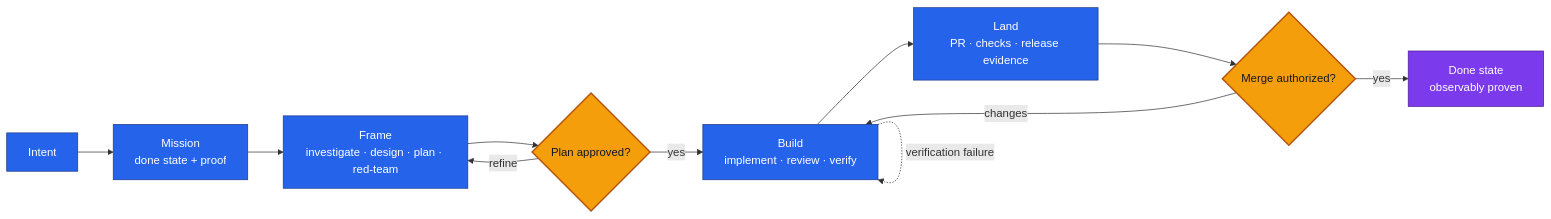
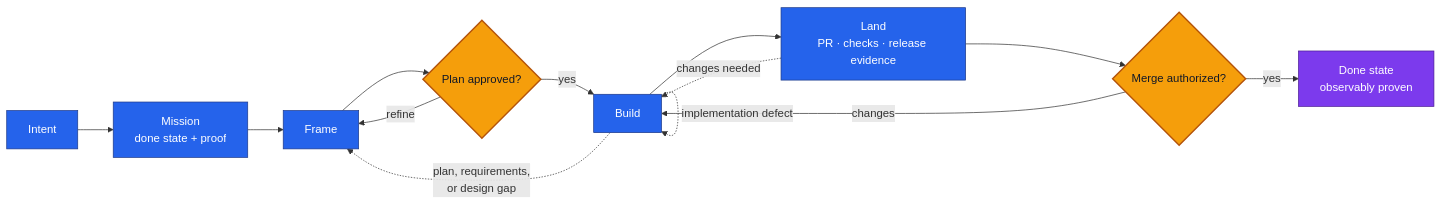
The first of 2 diagrams in README.md (thrrive/nightshift-aidlc), drawn with Mermaid before and after one commit. The commit also changed other lines of this file, not shown here.

````diff
--- a/README.md
+++ b/README.md
@@ -21,19 +36,22 @@
 ```mermaid
 flowchart LR
-    I["Intent"] --> M["Mission<br/>done state + proof"] --> F["Frame<br/>investigate · design · plan · red-team"]
+    I["Intent"] --> M["Mission<br/>done state + proof"]
+    M --> F["Frame"]
     F --> PG{"Plan approved?"}
     PG -- "refine" --> F
-    PG -- "yes" --> B["Build<br/>implement · review · verify"]
+    PG -- "yes" --> B["Build"]
     B --> L["Land<br/>PR · checks · release evidence"]
+    B -.->|plan, requirements,<br/>or design gap| F
+    B -.->|implementation defect| B
     L --> MG{"Merge authorized?"}
+    L -.->|changes needed| B
     MG -- "changes" --> B
     MG -- "yes" --> D["Done state<br/>observably proven"]
-    B -.->|verification failure| B
 
     classDef human fill:#f59e0b,color:#111827,stroke:#b45309,stroke-width:2px
     classDef work fill:#2563eb,color:#ffffff,stroke:#1e3a8a
     classDef proof fill:#7c3aed,color:#ffffff,stroke:#4c1d95
     class PG,MG human
     class I,M,F,B,L work
     class D proof
 ```
````
